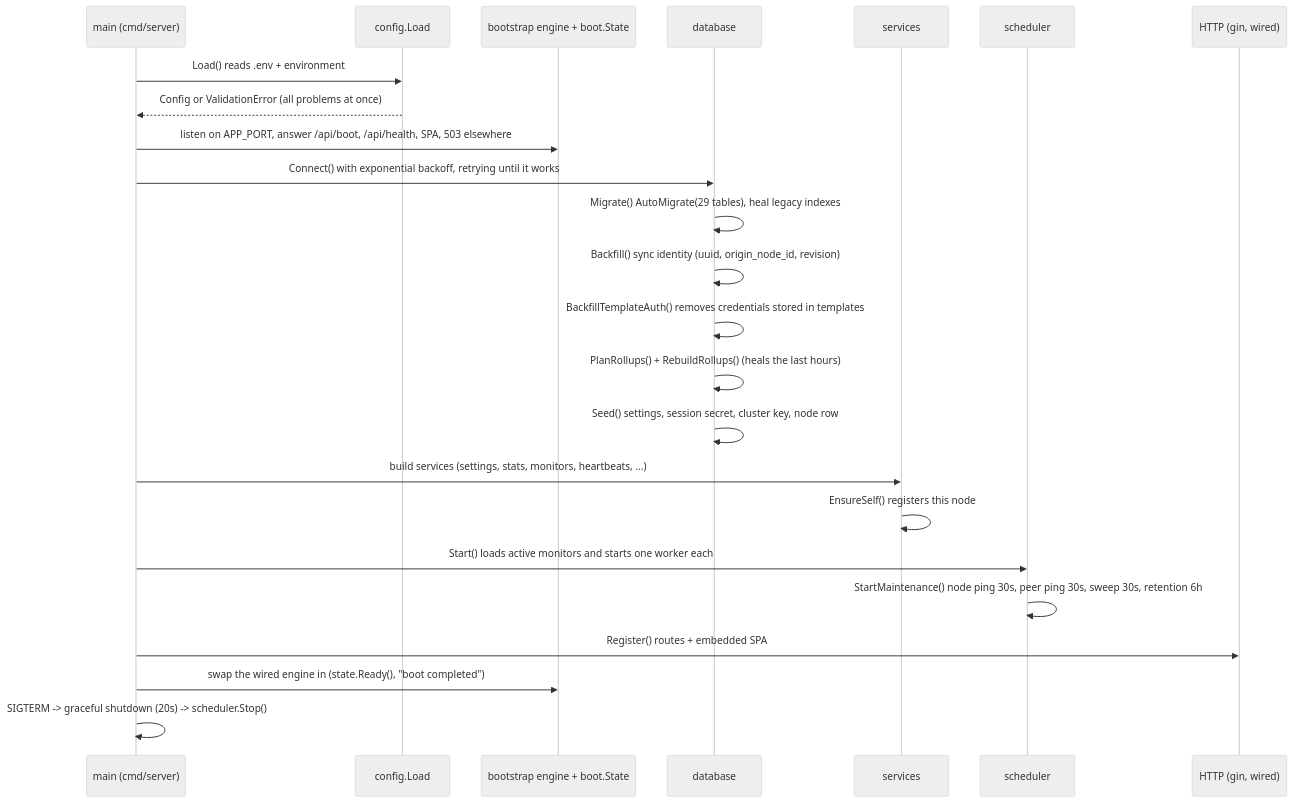
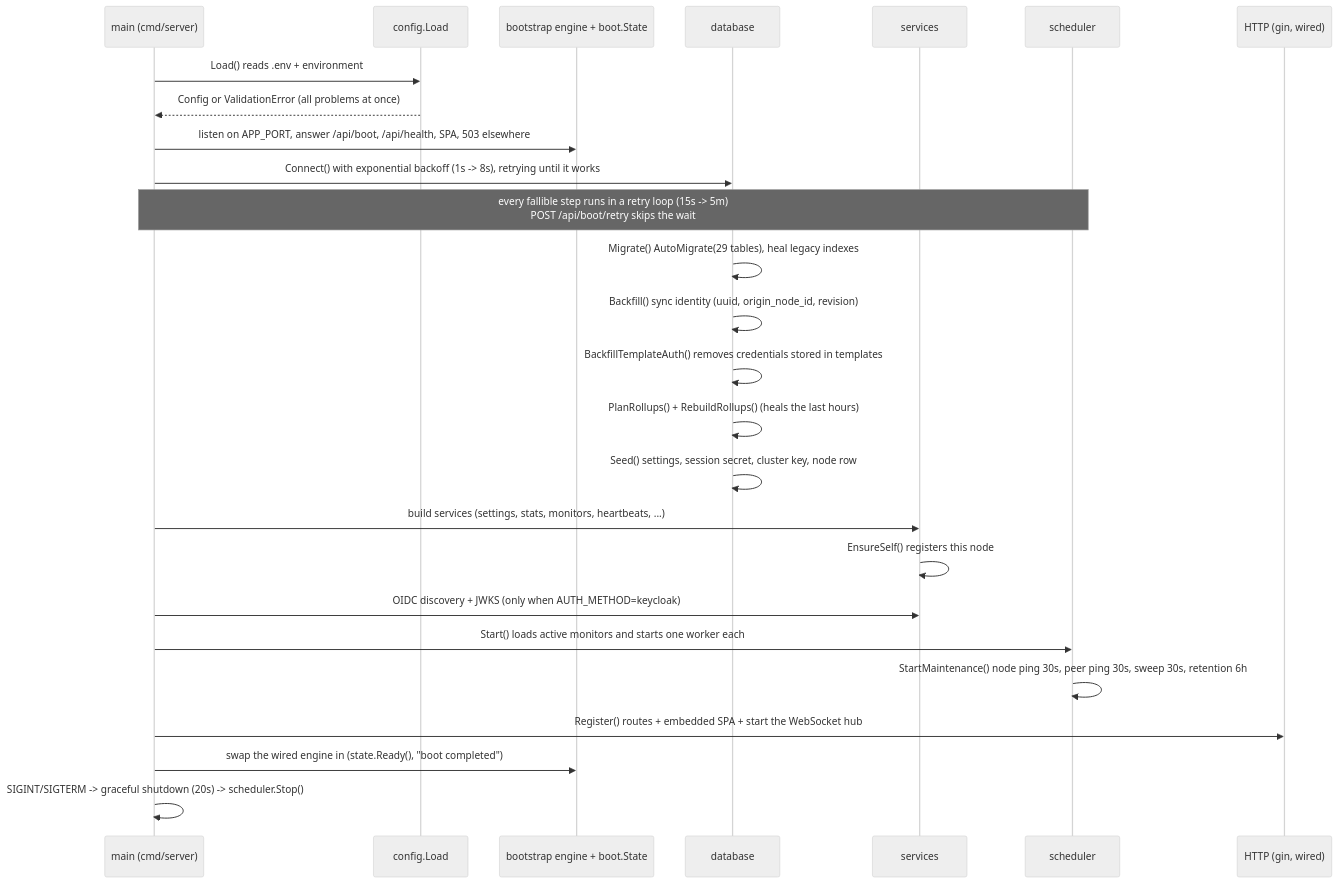
The first of 3 diagrams in docs/architecture.md (ivancarlosti/up), drawn with Mermaid (neutral theme) before and after one commit. The commit also changed other lines of this file and 15 other files, not shown here.

````diff
--- a/docs/architecture.md
+++ b/docs/architecture.md
@@ -81,27 +81,29 @@
 ```mermaid
 sequenceDiagram
     participant M as main (cmd/server)
     participant C as config.Load
     participant B as bootstrap engine + boot.State
     participant D as database
     participant A as services
     participant S as scheduler
     participant H as HTTP (gin, wired)
 
     M->>C: Load() reads .env + environment
     C-->>M: Config or ValidationError (all problems at once)
     M->>B: listen on APP_PORT, answer /api/boot, /api/health, SPA, 503 elsewhere
-    M->>D: Connect() with exponential backoff, retrying until it works
+    M->>D: Connect() with exponential backoff (1s -> 8s), retrying until it works
+    Note over M,S: every fallible step runs in a retry loop (15s -> 5m)<br/>POST /api/boot/retry skips the wait
     D->>D: Migrate() AutoMigrate(29 tables), heal legacy indexes
     D->>D: Backfill() sync identity (uuid, origin_node_id, revision)
     D->>D: BackfillTemplateAuth() removes credentials stored in templates
     D->>D: PlanRollups() + RebuildRollups() (heals the last hours)
     D->>D: Seed() settings, session secret, cluster key, node row
     M->>A: build services (settings, stats, monitors, heartbeats, ...)
     A->>A: EnsureSelf() registers this node
+    M->>A: OIDC discovery + JWKS (only when AUTH_METHOD=keycloak)
     M->>S: Start() loads active monitors and starts one worker each
     S->>S: StartMaintenance() node ping 30s, peer ping 30s, sweep 30s, retention 6h
-    M->>H: Register() routes + embedded SPA
+    M->>H: Register() routes + embedded SPA + start the WebSocket hub
     M->>B: swap the wired engine in (state.Ready(), "boot completed")
-    M->>M: SIGTERM -> graceful shutdown (20s) -> scheduler.Stop()
+    M->>M: SIGINT/SIGTERM -> graceful shutdown (20s) -> scheduler.Stop()
 ```
````
